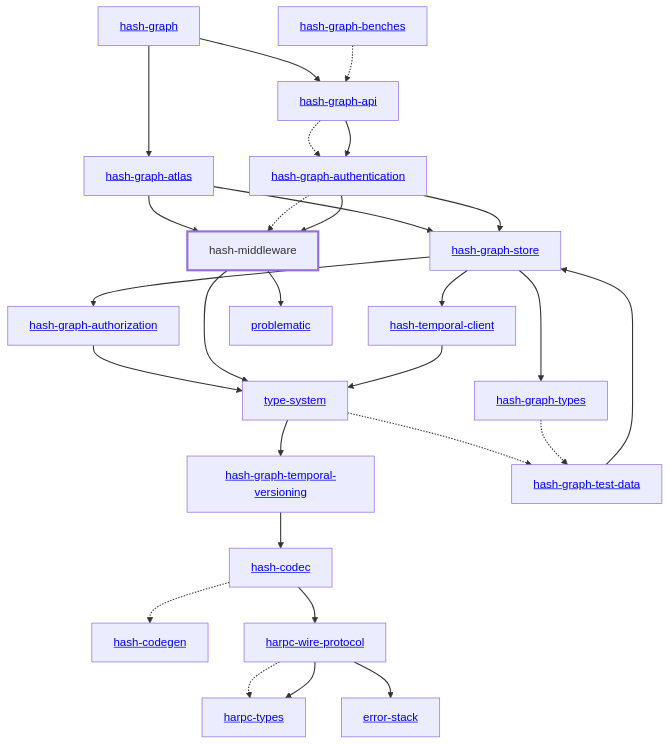
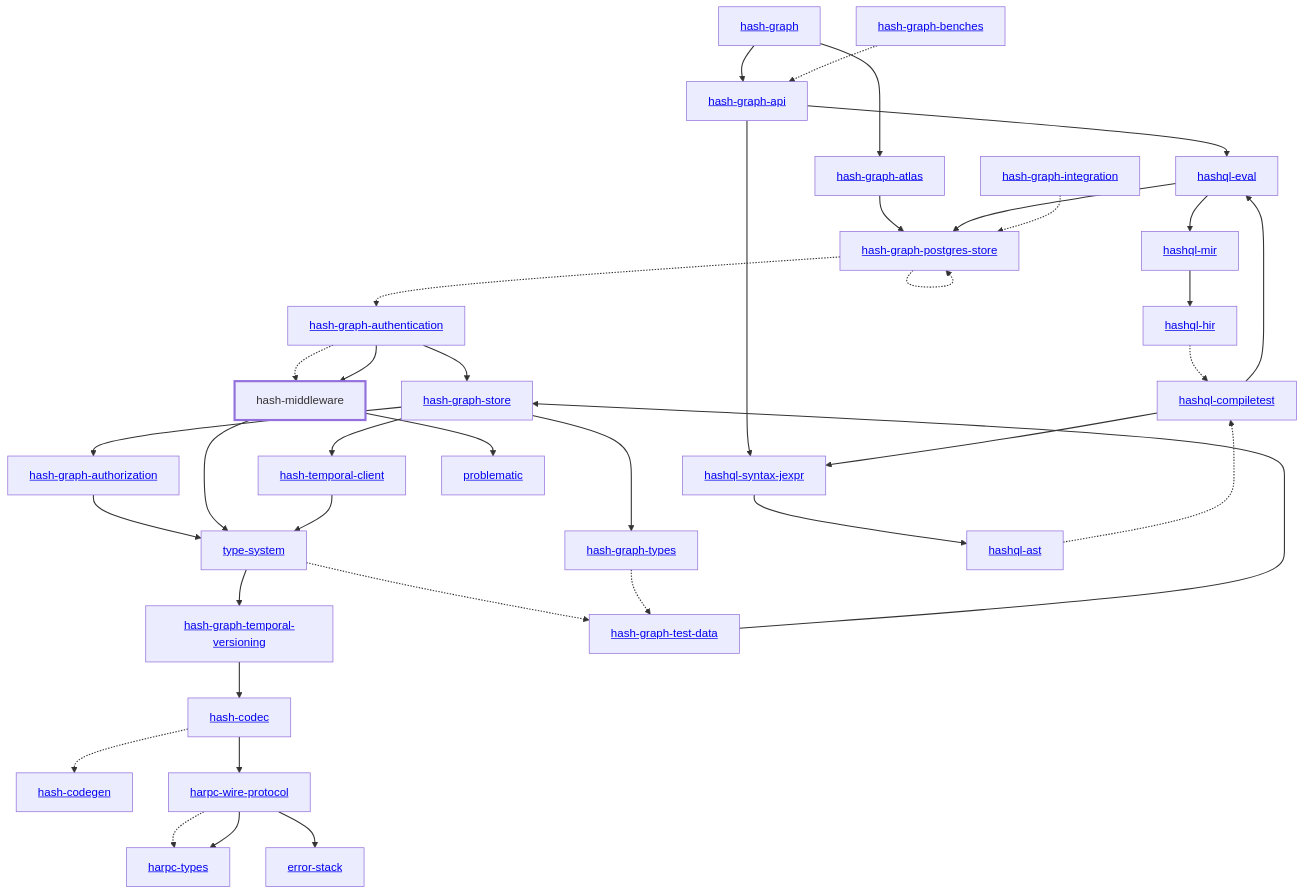
The diagram in libs/@local/middleware/docs/dependency-diagram.mmd (hashintel/hash), drawn with Mermaid before and after one commit. The commit also changed 47 other files, not shown here.

Commit message:
Authenticate public Graph API requests with API tokens

```diff
--- a/libs/@local/middleware/docs/dependency-diagram.mmd
+++ b/libs/@local/middleware/docs/dependency-diagram.mmd
@@ -1,57 +1,75 @@
 graph TD
     linkStyle default stroke-width:1.5px
     classDef default stroke-width:1px
     classDef root stroke-width:3px
     classDef dev stroke-width:1px
     classDef build stroke-width:1px
     %% Legend
     %% --> : Normal dependency
     %% -.-> : Dev dependency
     %% ---> : Build dependency
     0[<a href="../hash_graph/index.html">hash-graph</a>]
     1[<a href="../type_system/index.html">type-system</a>]
     2[<a href="../hash_codec/index.html">hash-codec</a>]
     3[<a href="../hash_codegen/index.html">hash-codegen</a>]
     4[<a href="../hash_graph_api/index.html">hash-graph-api</a>]
     5[<a href="../hash_graph_atlas/index.html">hash-graph-atlas</a>]
     6[<a href="../hash_graph_authentication/index.html">hash-graph-authentication</a>]
     7[<a href="../hash_graph_authorization/index.html">hash-graph-authorization</a>]
-    8[<a href="../hash_graph_store/index.html">hash-graph-store</a>]
-    9[<a href="../hash_graph_temporal_versioning/index.html">hash-graph-temporal-versioning</a>]
-    10[<a href="../hash_graph_types/index.html">hash-graph-types</a>]
-    11[<a href="../harpc_types/index.html">harpc-types</a>]
-    12[<a href="../harpc_wire_protocol/index.html">harpc-wire-protocol</a>]
-    13[hash-middleware]
-    class 13 root
-    14[<a href="../hash_temporal_client/index.html">hash-temporal-client</a>]
-    15[<a href="../error_stack/index.html">error-stack</a>]
-    16[<a href="../problematic/index.html">problematic</a>]
-    17[<a href="../hash_graph_benches/index.html">hash-graph-benches</a>]
-    18[<a href="../hash_graph_test_data/index.html">hash-graph-test-data</a>]
+    8[<a href="../hash_graph_postgres_store/index.html">hash-graph-postgres-store</a>]
+    9[<a href="../hash_graph_store/index.html">hash-graph-store</a>]
+    10[<a href="../hash_graph_temporal_versioning/index.html">hash-graph-temporal-versioning</a>]
+    11[<a href="../hash_graph_types/index.html">hash-graph-types</a>]
+    12[<a href="../harpc_types/index.html">harpc-types</a>]
+    13[<a href="../harpc_wire_protocol/index.html">harpc-wire-protocol</a>]
+    14[<a href="../hashql_ast/index.html">hashql-ast</a>]
+    15[<a href="../hashql_compiletest/index.html">hashql-compiletest</a>]
+    16[<a href="../hashql_eval/index.html">hashql-eval</a>]
+    17[<a href="../hashql_hir/index.html">hashql-hir</a>]
+    18[<a href="../hashql_mir/index.html">hashql-mir</a>]
+    19[<a href="../hashql_syntax_jexpr/index.html">hashql-syntax-jexpr</a>]
+    20[hash-middleware]
+    class 20 root
+    21[<a href="../hash_temporal_client/index.html">hash-temporal-client</a>]
+    22[<a href="../error_stack/index.html">error-stack</a>]
+    23[<a href="../problematic/index.html">problematic</a>]
+    24[<a href="../hash_graph_benches/index.html">hash-graph-benches</a>]
+    25[<a href="../hash_graph_integration/index.html">hash-graph-integration</a>]
+    26[<a href="../hash_graph_test_data/index.html">hash-graph-test-data</a>]
     0 --> 4
     0 --> 5
-    1 --> 9
-    1 -.-> 18
+    1 --> 10
+    1 -.-> 26
     2 -.-> 3
-    2 --> 12
-    4 -.-> 6
-    4 --> 6
+    2 --> 13
+    4 --> 16
+    4 --> 19
     5 --> 8
-    5 --> 13
-    6 --> 8
-    6 -.-> 13
-    6 --> 13
+    6 --> 9
+    6 -.-> 20
+    6 --> 20
     7 --> 1
-    8 --> 7
-    8 --> 10
-    8 --> 14
-    9 --> 2
-    10 -.-> 18
-    12 -.-> 11
-    12 --> 11
-    12 --> 15
-    13 --> 1
-    13 --> 16
-    14 --> 1
-    17 -.-> 4
-    18 --> 8
+    8 -.-> 6
+    8 -.-> 8
+    9 --> 7
+    9 --> 11
+    9 --> 21
+    10 --> 2
+    11 -.-> 26
+    13 -.-> 12
+    13 --> 12
+    13 --> 22
+    14 -.-> 15
+    15 --> 16
+    15 --> 19
+    16 --> 8
+    16 --> 18
+    17 -.-> 15
+    18 --> 17
+    19 --> 14
+    20 --> 1
+    20 --> 23
+    21 --> 1
+    24 -.-> 4
+    25 -.-> 8
+    26 --> 9
```
